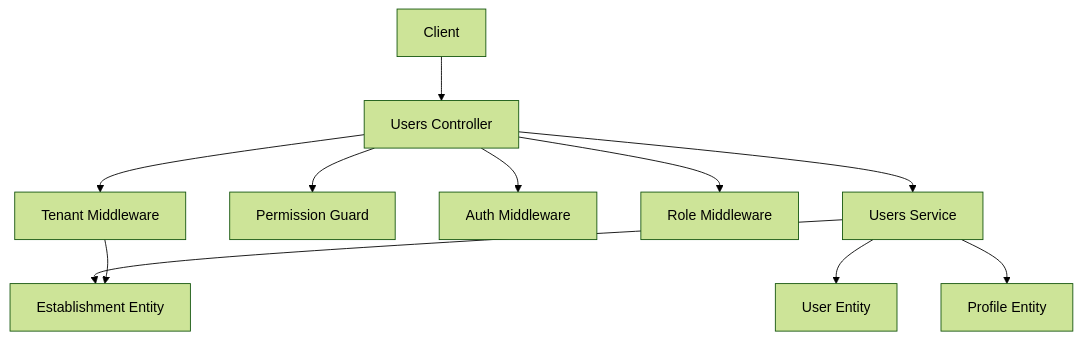
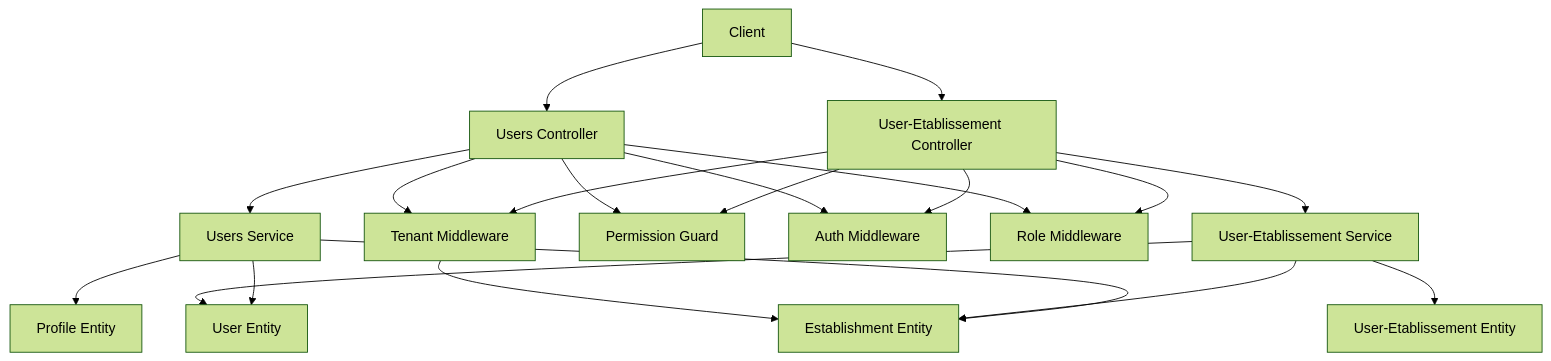
Before and after one commit to franckylab/eLISAschool: the second of 8 diagrams in .qoder/repowiki/en/content/Backend API Documentation/User Management API.md, drawn with Mermaid (forest theme). The commit also changed other lines of this file and 75 other files, not shown here.

````diff
--- a/.qoder/repowiki/en/content/Backend API Documentation/User Management API.md
+++ b/.qoder/repowiki/en/content/Backend API Documentation/User Management API.md
@@ -154,23 +180,35 @@
 ```mermaid
 graph TB
 Client["Client"]
-Ctrl["Users Controller"]
-Svc["Users Service"]
+UsersCtrl["Users Controller"]
+UECtrl["User-Etablissement Controller"]
+UsersSvc["Users Service"]
+UESvc["User-Etablissement Service"]
 AuthG["Permission Guard"]
 AuthM["Auth Middleware"]
 RoleM["Role Middleware"]
 TenantM["Tenant Middleware"]
 UserE["User Entity"]
 ProfE["Profile Entity"]
+UEE["User-Etablissement Entity"]
 EtabE["Establishment Entity"]
-Client --> Ctrl
-Ctrl --> AuthG
-Ctrl --> AuthM
-Ctrl --> RoleM
-Ctrl --> TenantM
-Ctrl --> Svc
-Svc --> UserE
-Svc --> ProfE
-Svc --> EtabE
+Client --> UsersCtrl
+Client --> UECtrl
+UECtrl --> AuthG
+UECtrl --> AuthM
+UECtrl --> RoleM
+UECtrl --> TenantM
+UsersCtrl --> AuthG
+UsersCtrl --> AuthM
+UsersCtrl --> RoleM
+UsersCtrl --> TenantM
+UsersCtrl --> UsersSvc
+UECtrl --> UESvc
+UsersSvc --> UserE
+UsersSvc --> ProfE
+UsersSvc --> EtabE
+UESvc --> UEE
+UESvc --> UserE
+UESvc --> EtabE
 TenantM --> EtabE
 ```
````
